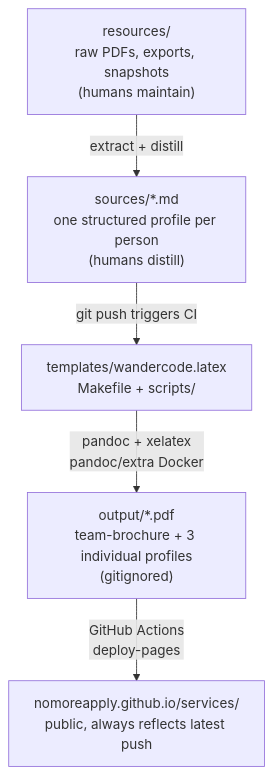
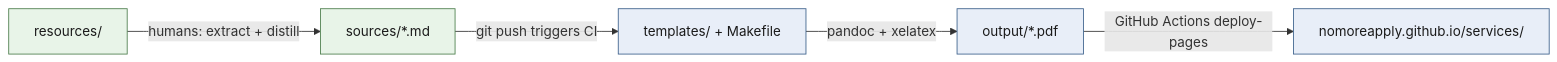
The diagram in README.md (NoMoreApply/services), drawn with Mermaid before and after one commit. The commit also changed other lines of this file, not shown here.

Commit message:
Fix Mermaid diagram: remove \n literals, add manual/auto color coding

````diff
--- a/README.md
+++ b/README.md
@@ -3,13 +3,16 @@
 ```mermaid
-flowchart TD
-    A["resources/\nraw PDFs, exports, snapshots\n(humans maintain)"]
-    B["sources/*.md\none structured profile per person\n(humans distill)"]
-    C["templates/wandercode.latex\nMakefile + scripts/"]
-    D["output/*.pdf\nteam-brochure + 3 individual profiles\n(gitignored)"]
-    E["nomoreapply.github.io/services/\npublic, always reflects latest push"]
+flowchart LR
+    classDef manual fill:#e8f4e8,stroke:#4a7c4a,color:#1a1a1a
+    classDef auto   fill:#e8eef8,stroke:#3a5f8a,color:#1a1a1a
 
-    A -->|"extract + distill"| B
-    B -->|"git push triggers CI"| C
-    C -->|"pandoc + xelatex\npandoc/extra Docker"| D
-    D -->|"GitHub Actions\ndeploy-pages"| E
+    A[resources/]:::manual
+    B[sources/*.md]:::manual
+    C[templates/ + Makefile]:::auto
+    D[output/*.pdf]:::auto
+    E[nomoreapply.github.io/services/]:::auto
+
+    A -->|humans: extract + distill| B
+    B -->|git push triggers CI| C
+    C -->|pandoc + xelatex| D
+    D -->|GitHub Actions deploy-pages| E
 ```
````
